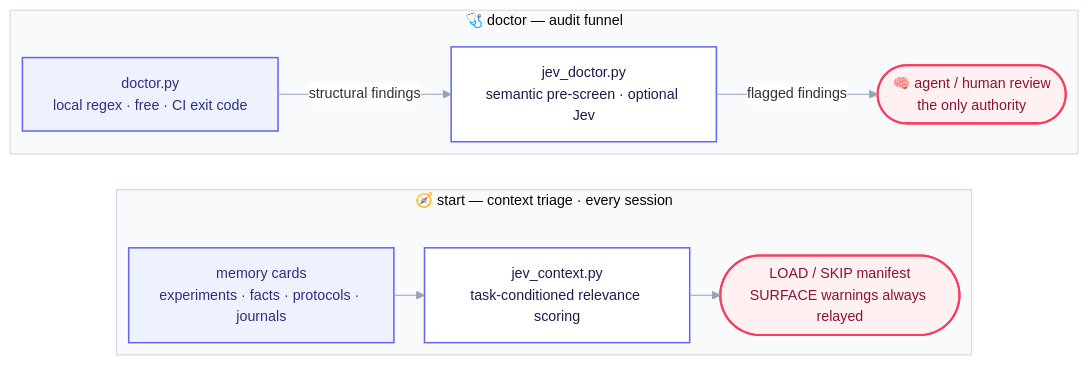
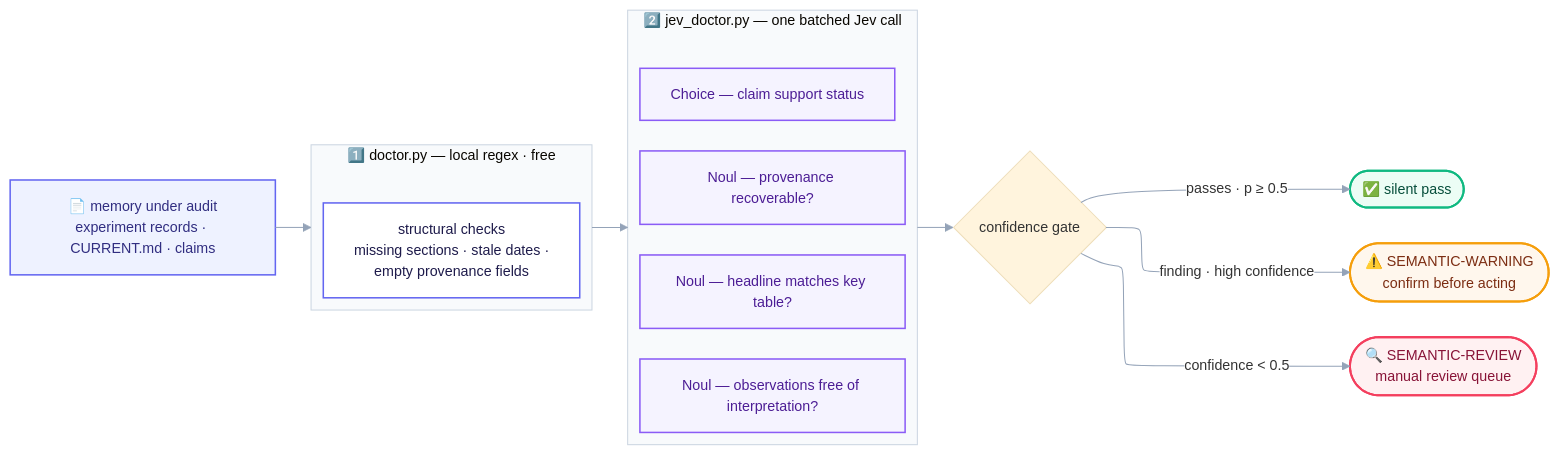
The second of 2 diagrams in README.md (poiuyjie/jev_project_context), drawn with Mermaid before and after one commit. The commit also changed other lines of this file and 1 other file, not shown here.

Commit message:
Show how Jev audits: pipeline diagram with atomic checks and confidence gating; document why a decision model fits audits

````diff
--- a/README.md
+++ b/README.md
@@ -47,26 +45,33 @@
 ```mermaid
-flowchart TB
+flowchart LR
     %%{init: {"flowchart":{"defaultRenderer":"elk"},"theme":"base","themeVariables":{"fontFamily":"Inter, ui-sans-serif, system-ui, sans-serif","fontSize":"14px","clusterBkg":"#F8FAFC","clusterBorder":"#CBD5E1","lineColor":"#94A3B8","edgeLabelBackground":"#FFFFFF"}}}%%
-    subgraph audit["🩺 doctor — audit funnel"]
-        direction LR
-        l1["doctor.py<br/>local regex · free · CI exit code"]:::c1
-        l2["jev_doctor.py<br/>semantic pre-screen · optional Jev"]:::c2
-        l3(["🧠 agent / human review<br/>the only authority"]):::c3
-        l1 -->|structural findings| l2
-        l2 -->|flagged findings| l3
+
+    src["📄 memory under audit<br/>experiment records · CURRENT.md · claims"]:::c1
+
+    subgraph L1["1️⃣ doctor.py — local regex · free"]
+        r1["structural checks<br/>missing sections · stale dates ·<br/>empty provenance fields"]:::c2
     end
 
-    subgraph triage["🧭 start — context triage · every session"]
-        direction LR
-        s1["memory cards<br/>experiments · facts · protocols · journals"]:::c1
-        s2["jev_context.py<br/>task-conditioned relevance scoring"]:::c2
-        s3(["LOAD / SKIP manifest<br/>SURFACE warnings always relayed"]):::c3
-        s1 --> s2 --> s3
+    subgraph L2["2️⃣ jev_doctor.py — one batched Jev call"]
+        direction TB
+        q1["Noul — provenance recoverable?"]:::c3
+        q2["Noul — headline matches key table?"]:::c3
+        q3["Noul — observations free of interpretation?"]:::c3
+        q4["Choice — claim support status"]:::c3
     end
 
-    audit ~~~ triage
+    src --> L1
+    L1 --> L2
+
+    L2 --> gate{"confidence gate"}
+    gate -->|"passes · p ≥ 0.5"| ok(["✅ silent pass"]):::okc
+    gate -->|"finding · high confidence"| warn(["⚠️ SEMANTIC-WARNING<br/>confirm before acting"]):::warnc
+    gate -->|"confidence < 0.5"| rev(["🔍 SEMANTIC-REVIEW<br/>manual review queue"]):::revc
 
     classDef c1 fill:#EEF2FF,stroke:#6366F1,stroke-width:1.5px,color:#312E81;
     classDef c2 fill:#FFFFFF,stroke:#6366F1,stroke-width:1.5px,color:#1E1B4B;
-    classDef c3 fill:#FFF1F2,stroke:#F43F5E,stroke-width:2px,color:#881337;
+    classDef c3 fill:#F5F3FF,stroke:#8B5CF6,stroke-width:1.5px,color:#4C1D95;
+    classDef okc fill:#ECFDF5,stroke:#10B981,stroke-width:2px,color:#064E3B;
+    classDef warnc fill:#FFF7ED,stroke:#F59E0B,stroke-width:2px,color:#7C2D12;
+    classDef revc fill:#FFF1F2,stroke:#F43F5E,stroke-width:2px,color:#881337;
 ```
````
